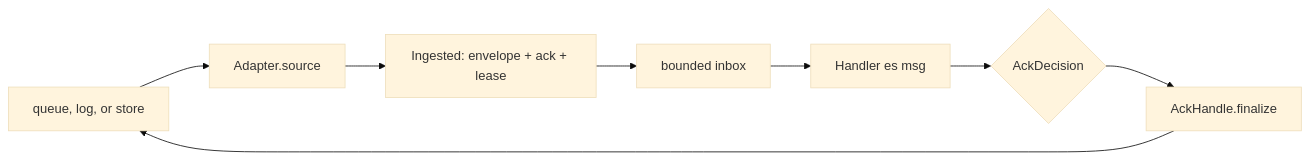
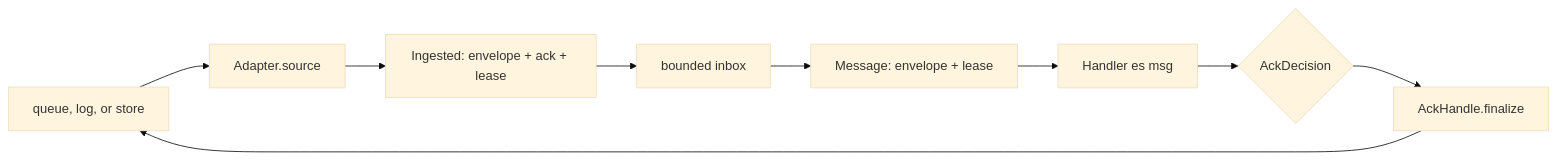
One commit to shinzui/keiro-runtime-docs changed the diagram in content/docs/shibuya/index.mdx. Above: the diagram before and after it, drawn with Mermaid (base theme). The commit also changed other lines of this file and 32 other files, not shown here.

````diff
--- a/content/docs/shibuya/index.mdx
+++ b/content/docs/shibuya/index.mdx
@@ -24,10 +25,11 @@
 ```mermaid
 flowchart LR
   Backend["queue, log, or store"] --> Adapter["Adapter.source"]
   Adapter --> Ingested["Ingested: envelope + ack + lease"]
   Ingested --> Inbox["bounded inbox"]
-  Inbox --> Handler["Handler es msg"]
+  Inbox --> Message["Message: envelope + lease"]
+  Message --> Handler["Handler es msg"]
   Handler --> Decision{"AckDecision"}
   Decision --> Ack["AckHandle.finalize"]
   Ack --> Backend
 ```
````
